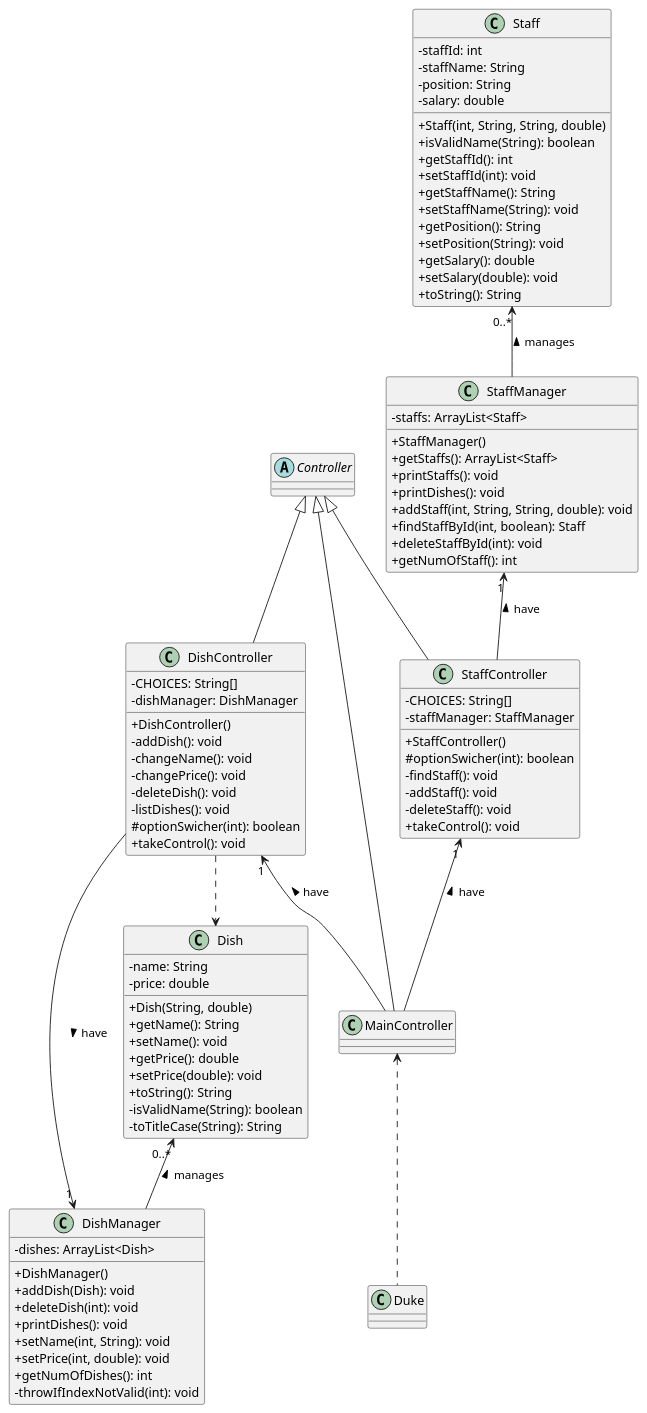
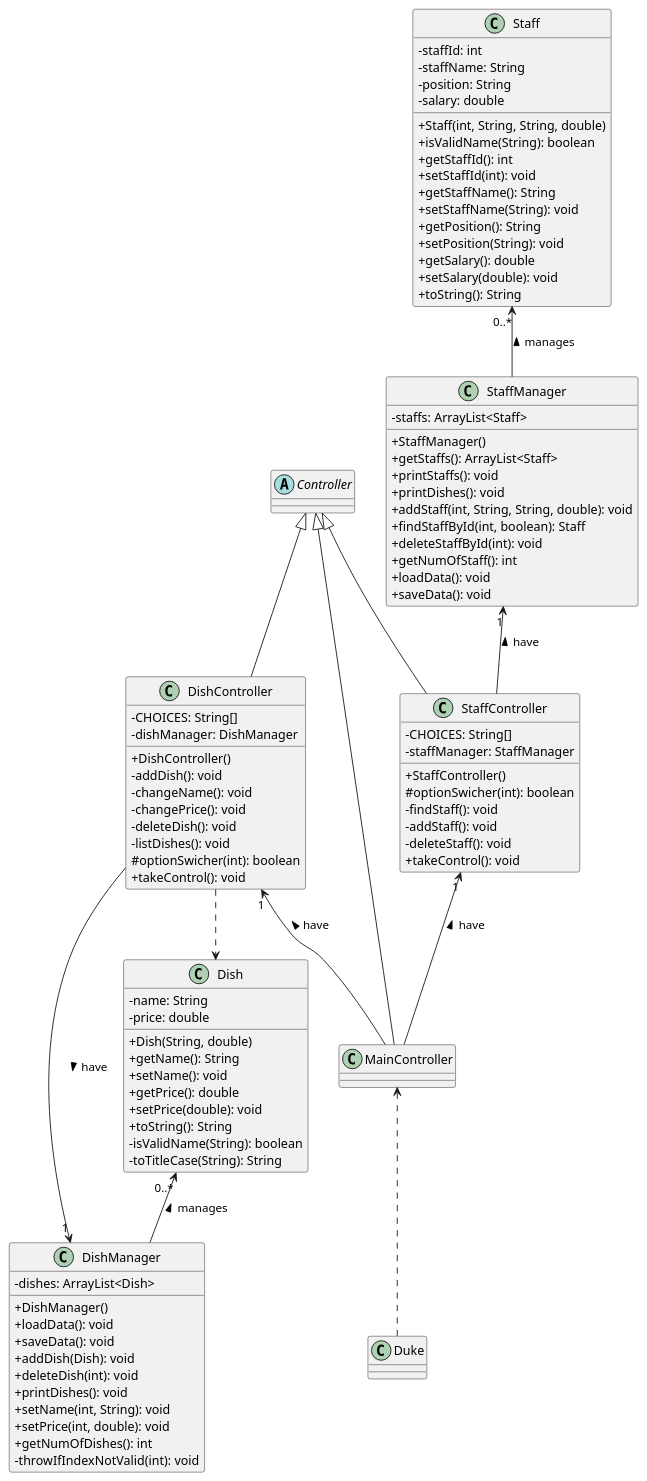
The diagram in docs/UML/Duke.puml (nus-cs2113-AY2122S2/tp), drawn with PlantUML before and after one commit. The commit also changed 4 other files, not shown here.

Commit message:
Move all printing statements to controller, and start on sequence diagram

```diff
--- a/docs/UML/Duke.puml
+++ b/docs/UML/Duke.puml
@@ -1,117 +1,121 @@
 @startuml
 'https://plantuml.com/class-diagram
 skinparam classAttributeIconSize 0
 
 class Duke {
 
 }
 
 class MainController {
 
 }
 MainController <.. Duke
 Controller <|-- MainController
 DishController "1" <-- MainController: have <
 
 abstract class Controller {
 
 }
 
 
 class Dish {
     -name: String
     -price: double
     +Dish(String, double)
     +getName(): String
     +setName(): void
     +getPrice(): double
     +setPrice(double): void
     +toString(): String
     -isValidName(String): boolean
     -toTitleCase(String): String
 }
 
 class DishManager {
     -dishes: ArrayList<Dish>
     +DishManager()
+    +loadData(): void
+    +saveData(): void
     +addDish(Dish): void
     +deleteDish(int): void
     +printDishes(): void
     +setName(int, String): void
     +setPrice(int, double): void
     +getNumOfDishes(): int
     -throwIfIndexNotValid(int): void
 }
 Controller <|-- DishController
 
 
 class DishController {
     -CHOICES: String[]
     -dishManager: DishManager
     +DishController()
     -addDish(): void
     -changeName(): void
     -changePrice(): void
     -deleteDish(): void
     -listDishes(): void
     #optionSwicher(int): boolean
     +takeControl(): void
 }
 
 
 Dish "0..*" <-- DishManager: manages <
 
 DishManager "1" <-- DishController: have <
 
 DishController .-> Dish
 
 class Staff {
     -staffId: int
     -staffName: String
     -position: String
     -salary: double
     +Staff(int, String, String, double)
     +isValidName(String): boolean
     +getStaffId(): int
     +setStaffId(int): void
     +getStaffName(): String
     +setStaffName(String): void
     +getPosition(): String
     +setPosition(String): void
     +getSalary(): double
     +setSalary(double): void
     +toString(): String
 }
 
 class StaffManager {
     -staffs: ArrayList<Staff>
     +StaffManager()
     +getStaffs(): ArrayList<Staff>
     +printStaffs(): void
     +printDishes(): void
     +addStaff(int, String, String, double): void
     +findStaffById(int, boolean): Staff
     +deleteStaffById(int): void
     +getNumOfStaff(): int
+    +loadData(): void
+    +saveData(): void
 }
 
 class StaffController {
     -CHOICES: String[]
     -staffManager: StaffManager
     +StaffController()
     #optionSwicher(int): boolean
     -findStaff(): void
     -addStaff(): void
     -deleteStaff(): void
     +takeControl(): void
 }
 
 Controller <|-- StaffController
 
 StaffController "1" <-- MainController: have <
 
 Staff "0..*" <-- StaffManager: manages <
 
 StaffManager "1" <-- StaffController: have <
 
 @enduml
```
